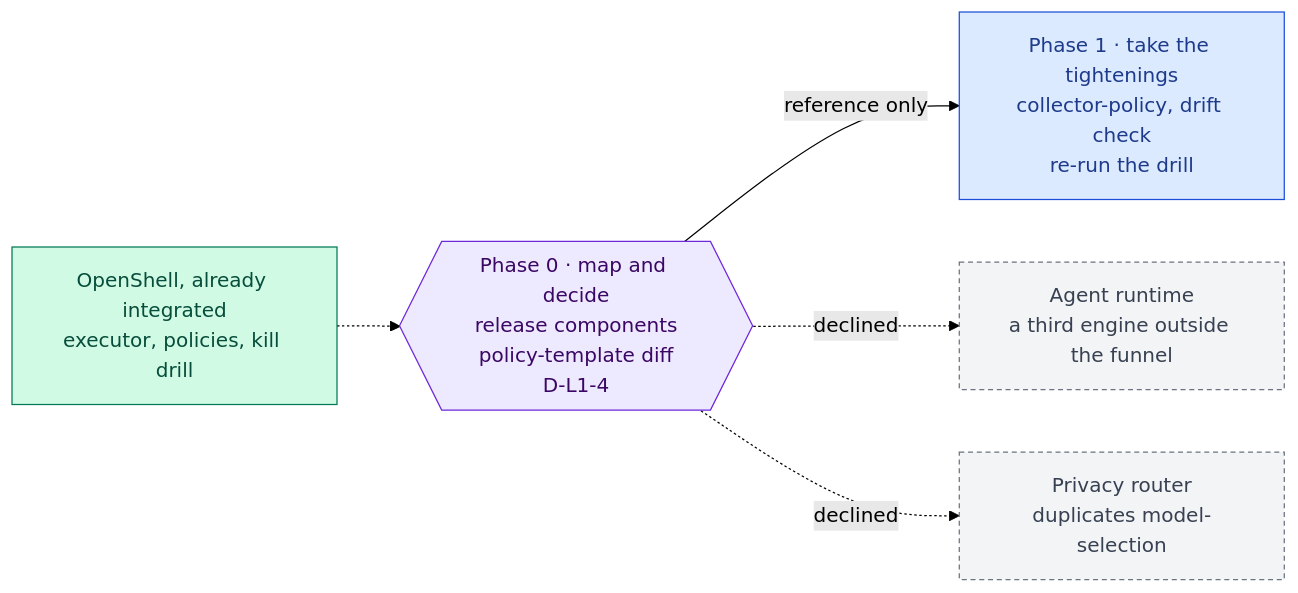
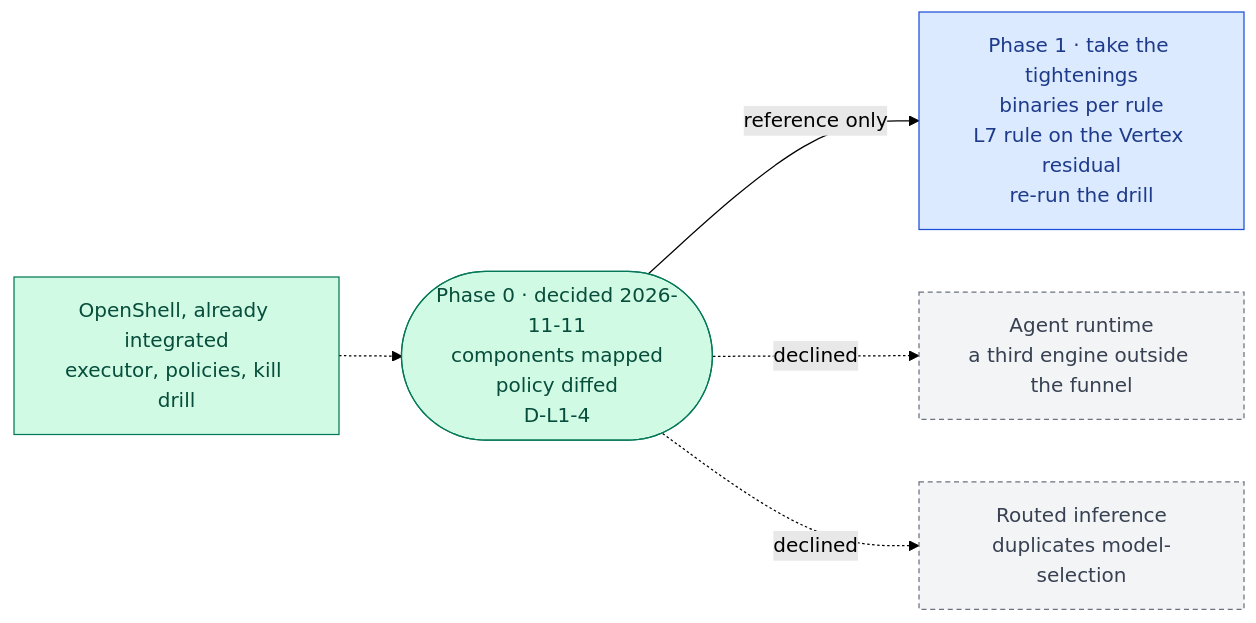
One commit to RodnaPamet/inflect-compliance changed the diagram in docs/ai-architecture/nemoclaw.md. Above: the diagram before and after it, drawn with Mermaid (forest theme). The commit also changed other lines of this file and 287 other files, not shown here.

First line of the commit message:
AI roadmap waves 0–1: owner decisions, 22 phases built across 15 roadmaps (#5323)

````diff
--- a/docs/ai-architecture/nemoclaw.md
+++ b/docs/ai-architecture/nemoclaw.md
@@ -31,19 +35,19 @@
 ```mermaid
 flowchart LR
   OS["OpenShell, already integrated<br/>executor, policies, kill drill"]:::done
-  P0{{"Phase 0 · map and decide<br/>release components<br/>policy-template diff<br/>D-L1-4"}}:::gate
+  P0(["Phase 0 · decided 2026-11-11<br/>components mapped<br/>policy diffed<br/>D-L1-4"]):::done
   RTM["Agent runtime<br/>a third engine outside the funnel"]:::declined
-  PRV["Privacy router<br/>duplicates model-selection"]:::declined
-  P1["Phase 1 · take the tightenings<br/>collector-policy, drift check<br/>re-run the drill"]:::todo
+  PRV["Routed inference<br/>duplicates model-selection"]:::declined
+  P1["Phase 1 · take the tightenings<br/>binaries per rule<br/>L7 rule on the Vertex residual<br/>re-run the drill"]:::todo
   OS -.-> P0
   P0 -->|reference only| P1
   P0 -.->|declined| RTM
   P0 -.->|declined| PRV
 
   classDef done fill:#d1fae5,stroke:#047857,color:#064e3b
   classDef todo fill:#dbeafe,stroke:#1d4ed8,color:#1e3a8a
   classDef gate fill:#ede9fe,stroke:#6d28d9,color:#3b0764
   classDef ext fill:#ffffff,stroke:#64748b,color:#334155,stroke-dasharray:3 3
   classDef eval fill:#fce7f3,stroke:#be185d,color:#831843
   classDef declined fill:#f3f4f6,stroke:#6b7280,color:#374151,stroke-dasharray:4 3
 ```
````
